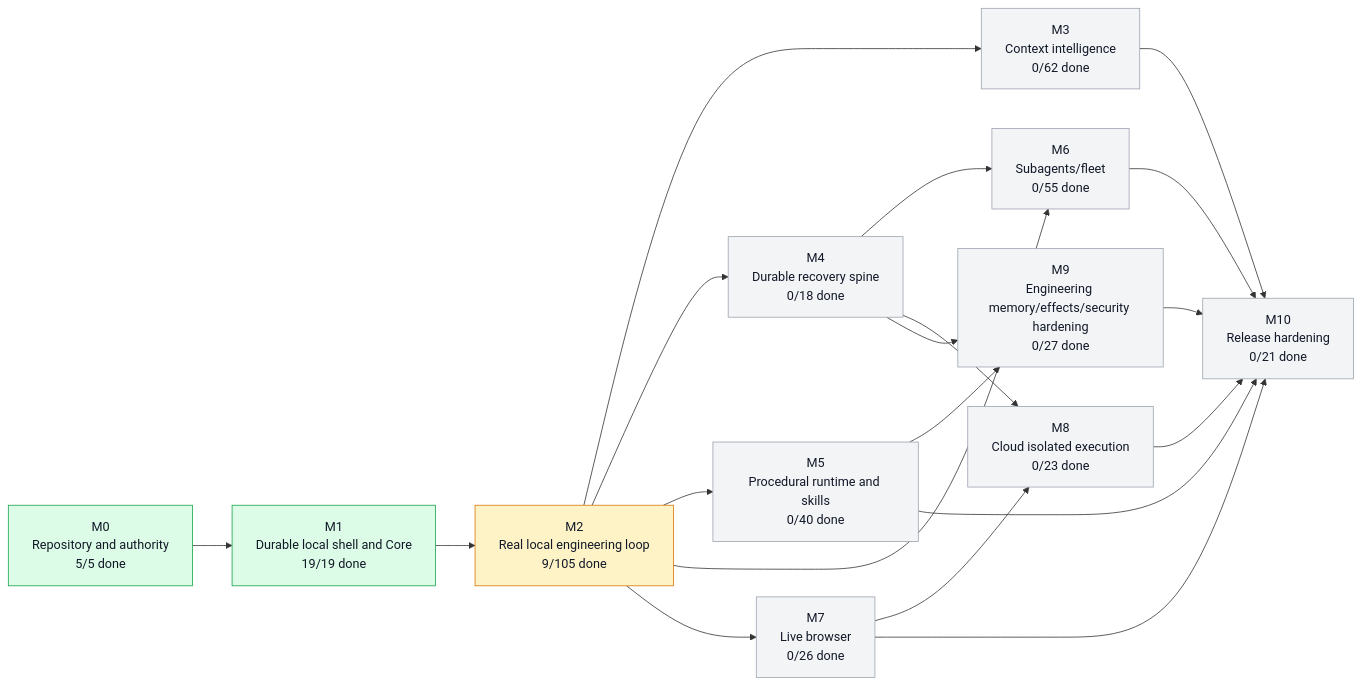
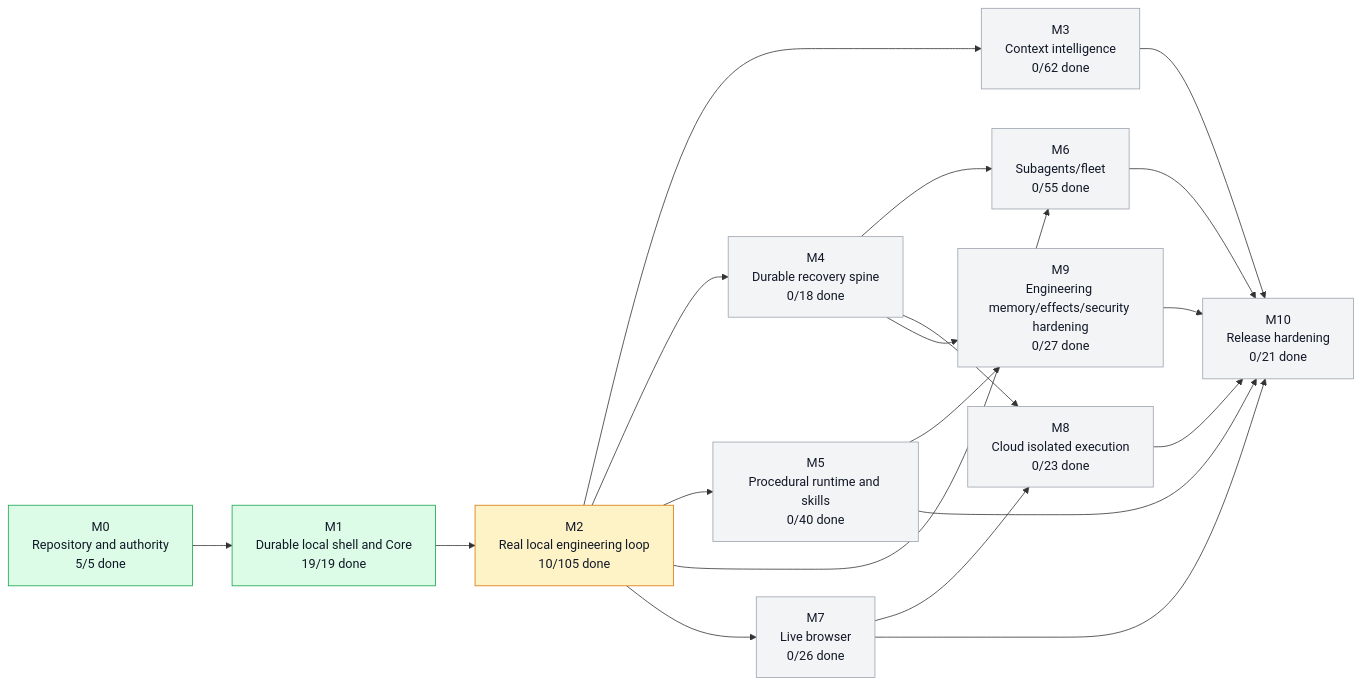
One commit to moss101/modbit changed the first of 5 diagrams in graph/PROJECT_GRAPH.md. Above: the diagram before and after it, drawn with Mermaid. The commit also changed other lines of this file and 6 other files, not shown here.

````diff
--- a/graph/PROJECT_GRAPH.md
+++ b/graph/PROJECT_GRAPH.md
@@ -57,43 +57,43 @@
 ```mermaid
 flowchart LR
   M0["M0<br/>Repository and authority<br/>5/5 done"]
   M1["M1<br/>Durable local shell and Core<br/>19/19 done"]
-  M2["M2<br/>Real local engineering loop<br/>9/105 done"]
+  M2["M2<br/>Real local engineering loop<br/>10/105 done"]
   M3["M3<br/>Context intelligence<br/>0/62 done"]
   M4["M4<br/>Durable recovery spine<br/>0/18 done"]
   M5["M5<br/>Procedural runtime and skills<br/>0/40 done"]
   M6["M6<br/>Subagents/fleet<br/>0/55 done"]
   M7["M7<br/>Live browser<br/>0/26 done"]
   M8["M8<br/>Cloud isolated execution<br/>0/23 done"]
   M9["M9<br/>Engineering memory/effects/security hardening<br/>0/27 done"]
   M10["M10<br/>Release hardening<br/>0/21 done"]
   M0 --> M1
   M1 --> M2
   M2 --> M3
   M2 --> M4
   M2 --> M5
   M2 --> M6
   M4 --> M6
   M2 --> M7
   M4 --> M8
   M7 --> M8
   M4 --> M9
   M5 --> M9
   M3 --> M10
   M5 --> M10
   M6 --> M10
   M7 --> M10
   M8 --> M10
   M9 --> M10
   style M0 fill:#dcfce7,stroke:#16a34a,color:#111827
   style M1 fill:#dcfce7,stroke:#16a34a,color:#111827
   style M2 fill:#fef3c7,stroke:#d97706,color:#111827
   style M3 fill:#f3f4f6,stroke:#9ca3af,color:#111827
   style M4 fill:#f3f4f6,stroke:#9ca3af,color:#111827
   style M5 fill:#f3f4f6,stroke:#9ca3af,color:#111827
   style M6 fill:#f3f4f6,stroke:#9ca3af,color:#111827
   style M7 fill:#f3f4f6,stroke:#9ca3af,color:#111827
   style M8 fill:#f3f4f6,stroke:#9ca3af,color:#111827
   style M9 fill:#f3f4f6,stroke:#9ca3af,color:#111827
   style M10 fill:#f3f4f6,stroke:#9ca3af,color:#111827
 ```
````
